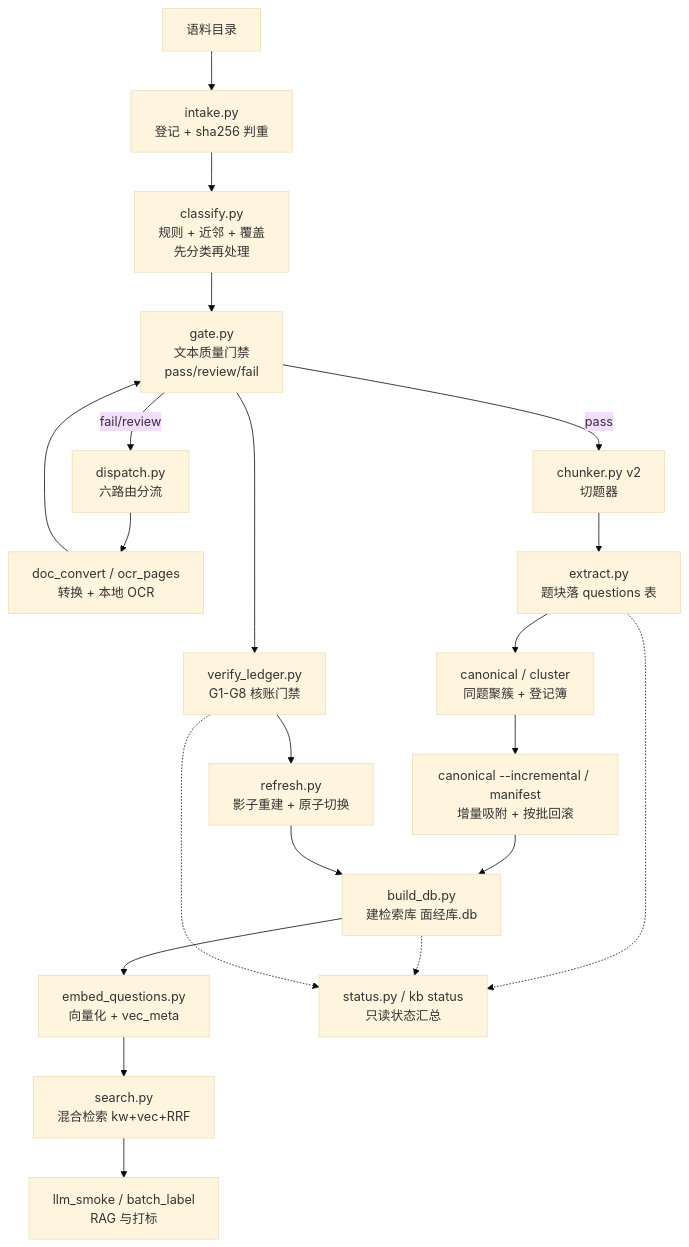
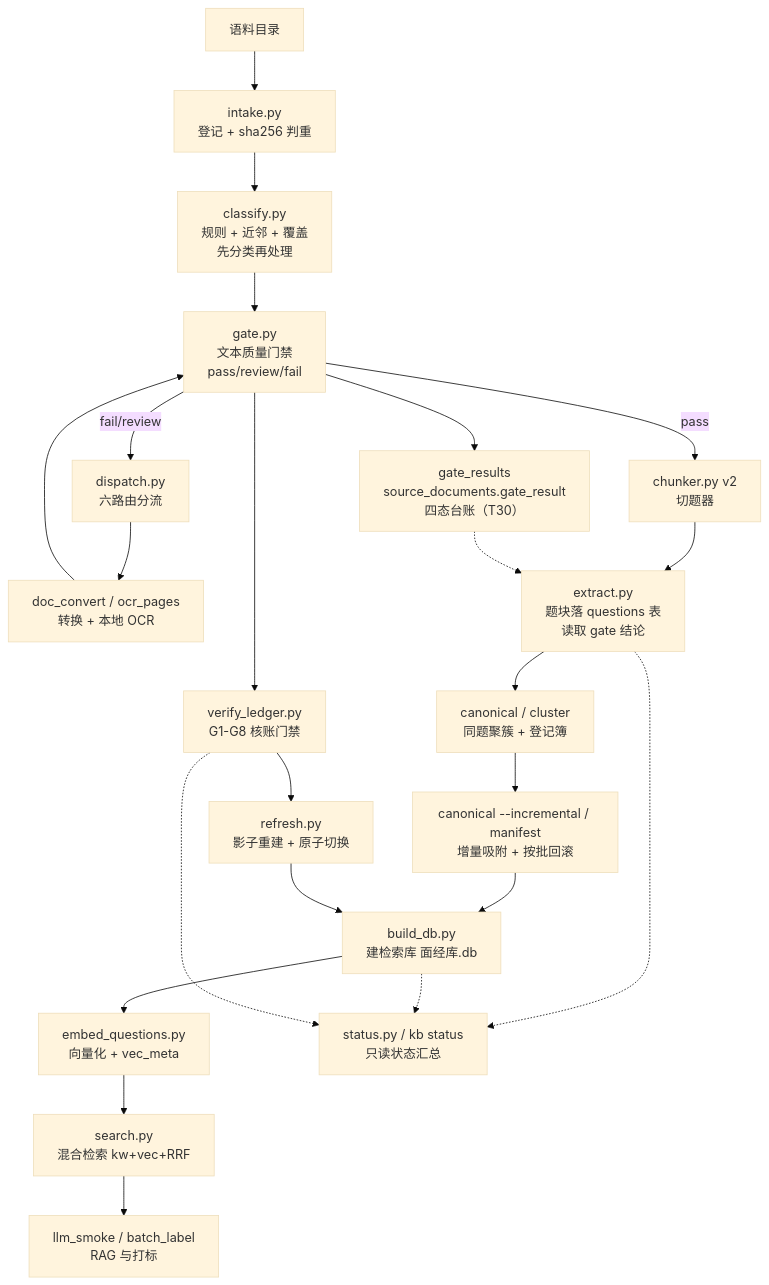
One commit to libai4hao/mianjing-kb changed the first of 10 diagrams in docs/19-功能流程图.md. Above: the diagram before and after it, drawn with Mermaid (base theme). The commit also changed other lines of this file and 9 other files, not shown here.

Commit message:
feat: wire gate verdicts into extract and harden gate audit

````diff
--- a/docs/19-功能流程图.md
+++ b/docs/19-功能流程图.md
@@ -19,23 +19,25 @@
 ```mermaid
 flowchart TD
     A["语料目录 <CORPUS_ROOT>"] --> B["intake.py<br/>登记 + sha256 判重"]
     B --> C["classify.py<br/>规则 + 近邻 + 覆盖<br/>先分类再处理"]
     C --> D["gate.py<br/>文本质量门禁<br/>pass/review/fail"]
     D -->|fail/review| E["dispatch.py<br/>六路由分流"]
     E --> F["doc_convert / ocr_pages<br/>转换 + 本地 OCR"]
     F --> D
+    D --> P["gate_results<br/>source_documents.gate_result<br/>四态台账（T30）"]
     D -->|pass| G["chunker.py v2<br/>切题器"]
-    G --> H["extract.py<br/>题块落 questions 表"]
+    G --> H["extract.py<br/>题块落 questions 表<br/>读取 gate 结论"]
+    P -.-> H
     H --> I["canonical / cluster<br/>同题聚簇 + 登记簿"]
     I --> I2["canonical --incremental / manifest<br/>增量吸附 + 按批回滚"]
     I2 --> J["build_db.py<br/>建检索库 面经库.db"]
     J --> K["embed_questions.py<br/>向量化 + vec_meta"]
     K --> L["search.py<br/>混合检索 kw+vec+RRF"]
     D --> M["verify_ledger.py<br/>G1-G8 核账门禁"]
     M --> N["refresh.py<br/>影子重建 + 原子切换"]
     N --> J
     L --> O["llm_smoke / batch_label<br/>RAG 与打标"]
     H -.-> S["status.py / kb status<br/>只读状态汇总"]
     J -.-> S
     M -.-> S
 ```
````
